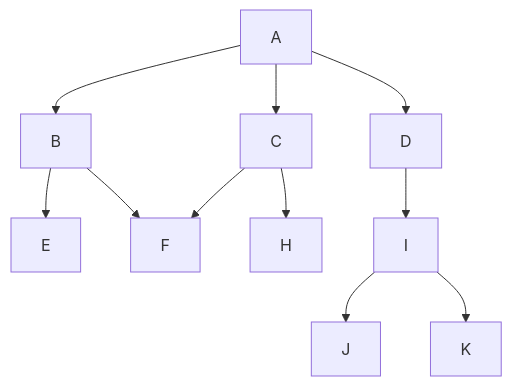
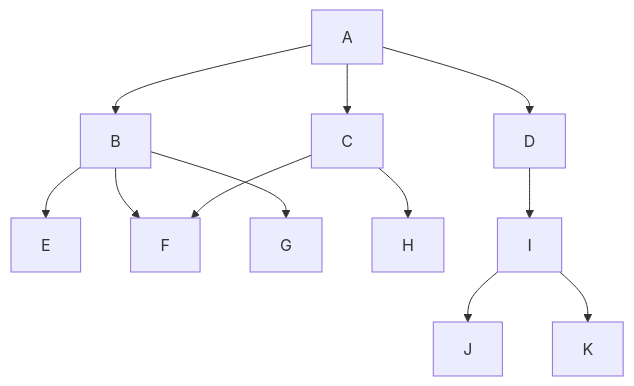
The diagram in docs/zh_CN/basic/repeatable.md (EB-wilson/EnComping), drawn with Mermaid before and after one commit.

````diff
--- a/docs/zh_CN/basic/repeatable.md
+++ b/docs/zh_CN/basic/repeatable.md
@@ -24,13 +24,14 @@
 ```mermaid
 graph TD;
     A-->B;
     A-->C;
     A-->D;
     B-->E;
     B-->F;
+    B-->G;
     C-->F;
     C-->H;
     D-->I;
     I-->J;
     I-->K;
 ```
````
